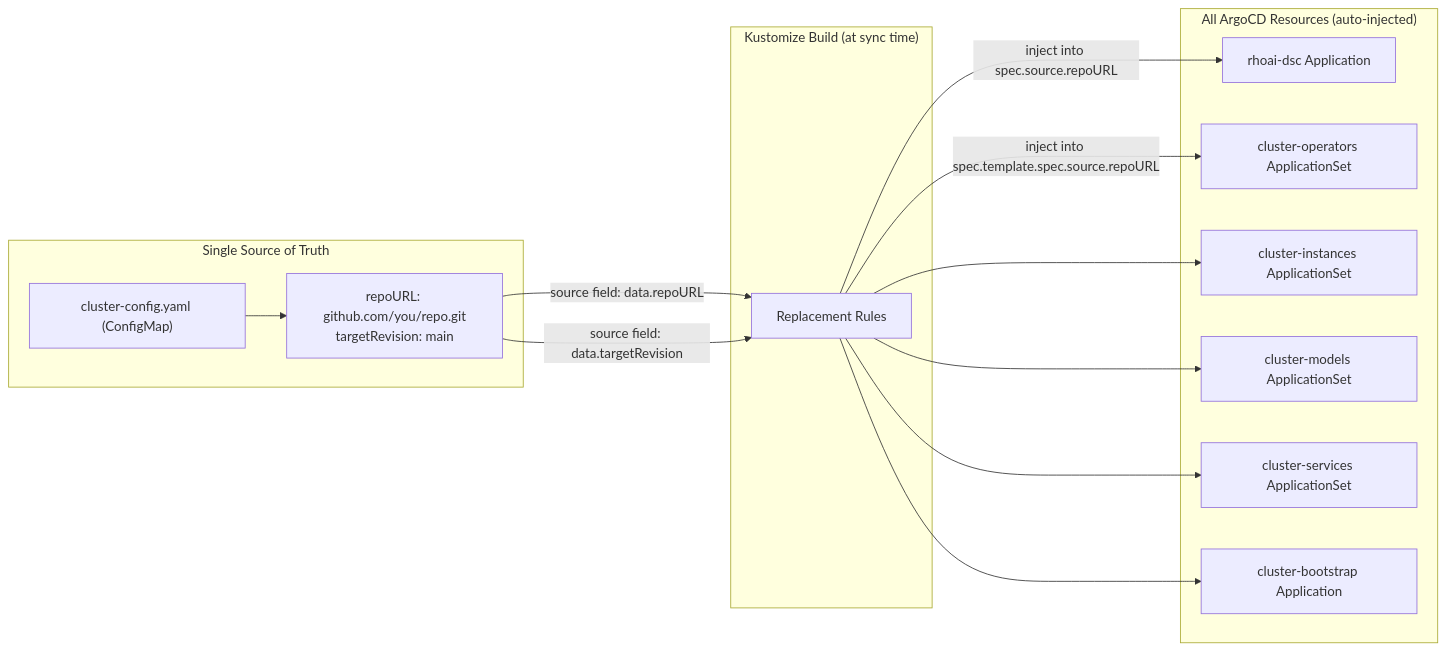
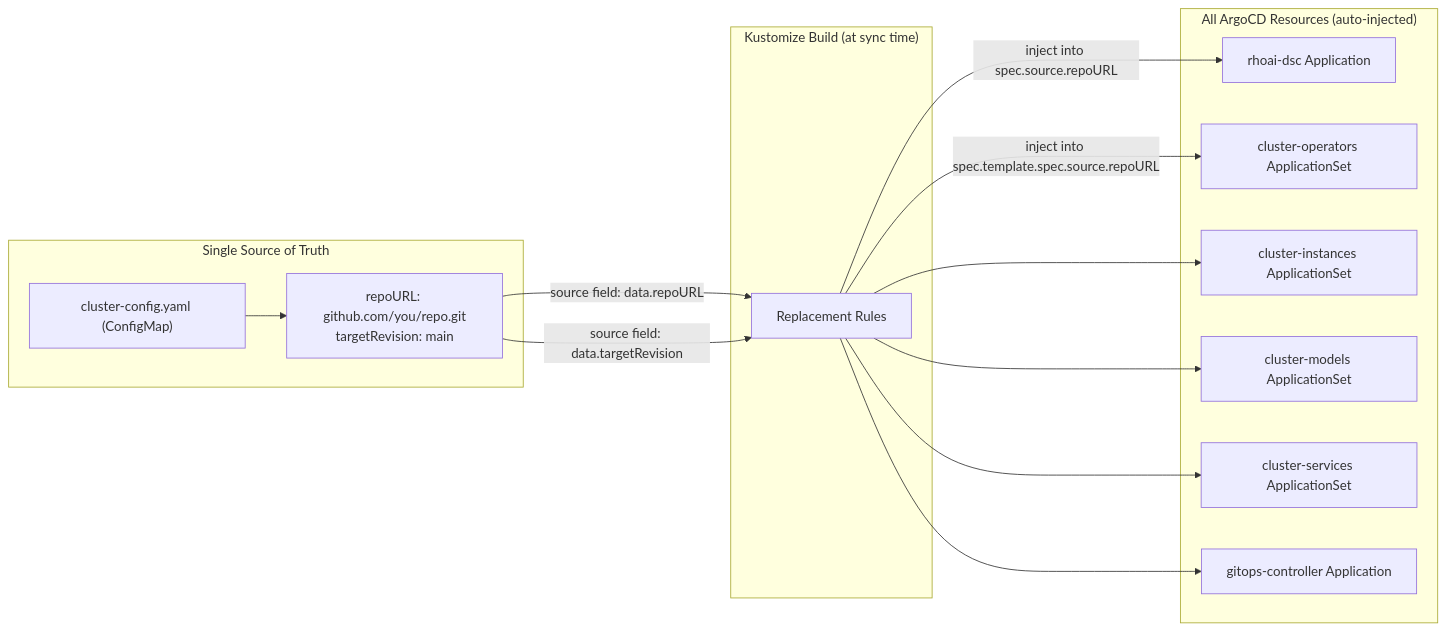
The diagram in docs/configuration.md (rrbanda/rhoai-deploy-gitops), drawn with Mermaid before and after one commit. The commit also changed other lines of this file and 18 other files, not shown here.

````diff
--- a/docs/configuration.md
+++ b/docs/configuration.md
@@ -94,30 +94,30 @@
 ```mermaid
 graph LR
   subgraph source ["Single Source of Truth"]
     CM["cluster-config.yaml (ConfigMap)"]
     CMdata["repoURL: github.com/you/repo.git\ntargetRevision: main"]
     CM --> CMdata
   end
 
   subgraph kustomize ["Kustomize Build (at sync time)"]
     Replace["Replacement Rules"]
   end
 
   subgraph targets ["All ArgoCD Resources (auto-injected)"]
     App1["rhoai-dsc Application"]
     AppSet1["cluster-operators ApplicationSet"]
     AppSet2["cluster-instances ApplicationSet"]
     AppSet3["cluster-models ApplicationSet"]
     AppSet4["cluster-services ApplicationSet"]
-    Boot["cluster-bootstrap Application"]
+    Boot["gitops-controller Application"]
   end
 
   CMdata -->|"source field: data.repoURL"| Replace
   CMdata -->|"source field: data.targetRevision"| Replace
   Replace -->|"inject into spec.source.repoURL"| App1
   Replace -->|"inject into spec.template.spec.source.repoURL"| AppSet1
   Replace --> AppSet2
   Replace --> AppSet3
   Replace --> AppSet4
   Replace --> Boot
 ```
````
